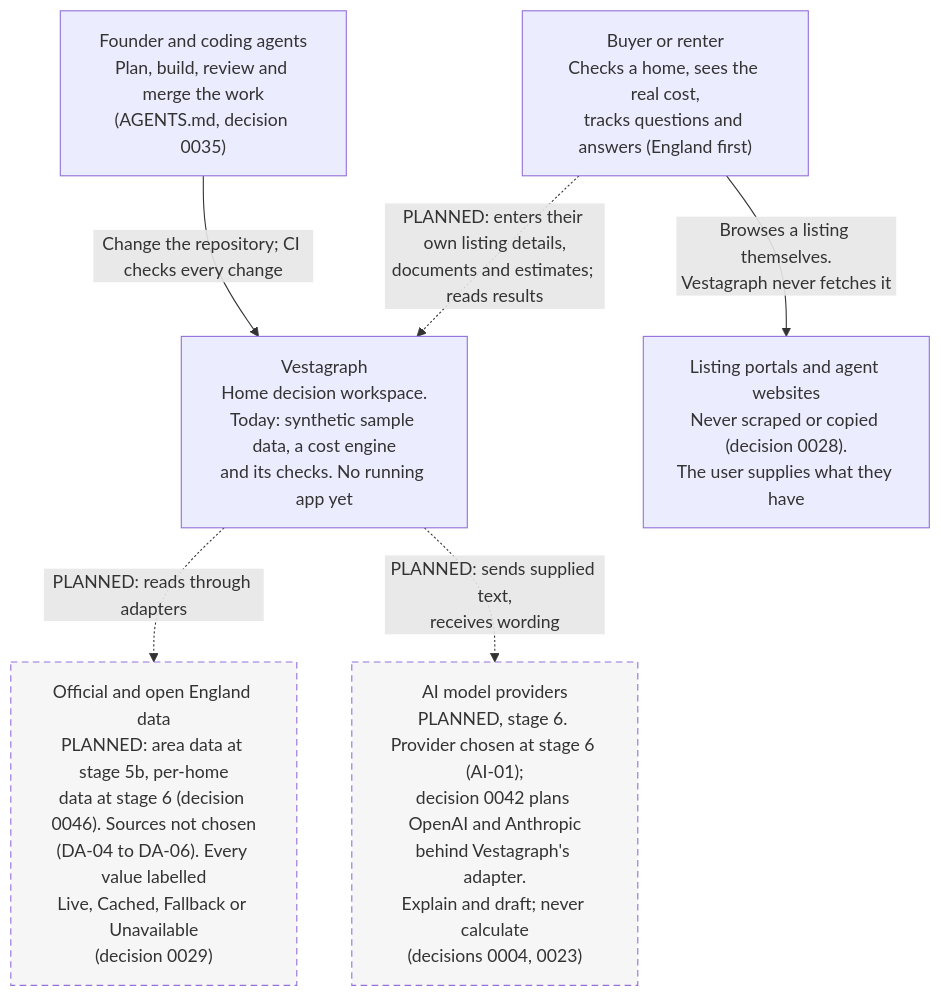
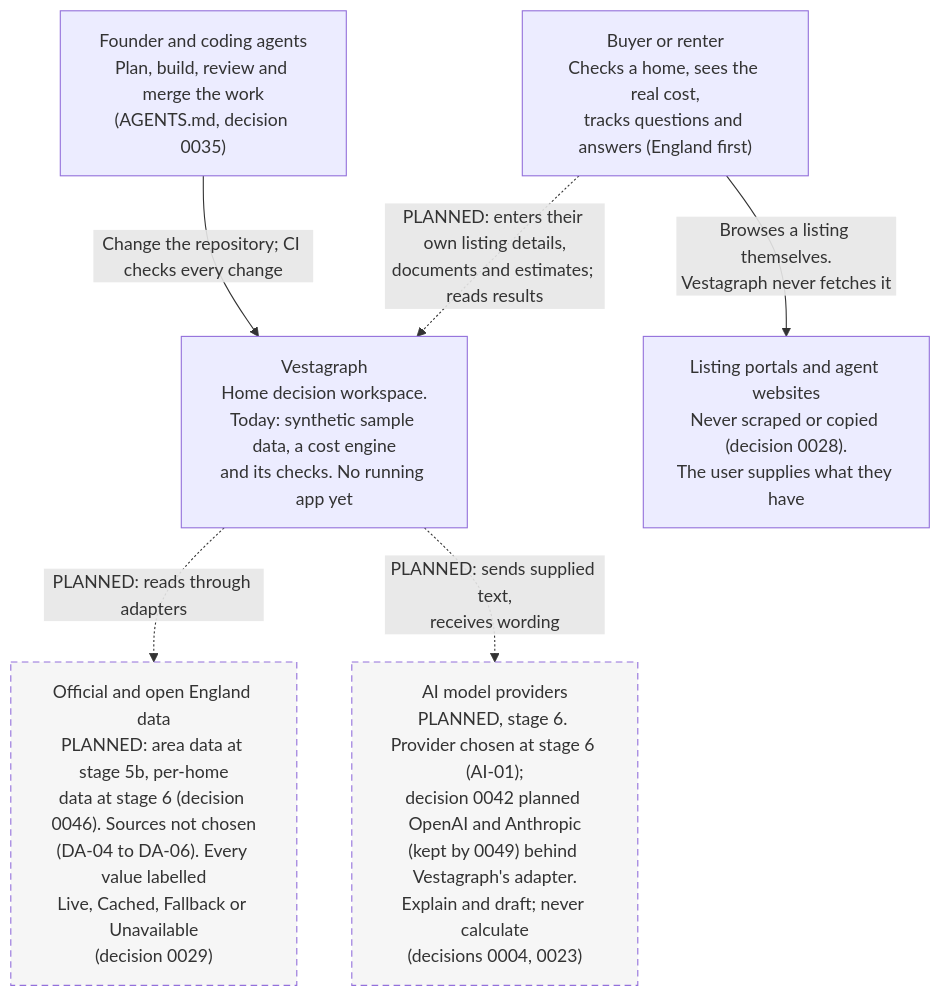
One commit to olaheavy-dev/homescout-platform changed the first of 2 diagrams in docs/architecture/README.md. Above: the diagram before and after it, drawn with Mermaid. The commit also changed other lines of this file and 30 other files, not shown here.

````diff
--- a/docs/architecture/README.md
+++ b/docs/architecture/README.md
@@ -15,20 +15,20 @@
 ```mermaid
 flowchart TB
     user["Buyer or renter<br/>Checks a home, sees the real cost,<br/>tracks questions and answers (England first)"]
     builders["Founder and coding agents<br/>Plan, build, review and merge the work<br/>(AGENTS.md, decision 0035)"]
 
     vestagraph["Vestagraph<br/>Home decision workspace.<br/>Today: synthetic sample data, a cost engine<br/>and its checks. No running app yet"]
 
     data["Official and open England data<br/>PLANNED: area data at stage 5b, per-home<br/>data at stage 6 (decision 0046). Sources not chosen<br/>(DA-04 to DA-06). Every value labelled<br/>Live, Cached, Fallback or Unavailable<br/>(decision 0029)"]
-    models["AI model providers<br/>PLANNED, stage 6. Provider chosen at stage 6 (AI-01);<br/>decision 0042 plans OpenAI and Anthropic<br/>behind Vestagraph's adapter.<br/>Explain and draft; never calculate<br/>(decisions 0004, 0023)"]
+    models["AI model providers<br/>PLANNED, stage 6. Provider chosen at stage 6 (AI-01);<br/>decision 0042 planned OpenAI and Anthropic<br/>(kept by 0049) behind Vestagraph's adapter.<br/>Explain and draft; never calculate<br/>(decisions 0004, 0023)"]
     portals["Listing portals and agent websites<br/>Never scraped or copied (decision 0028).<br/>The user supplies what they have"]
 
     user -.->|"PLANNED: enters their own listing details,<br/>documents and estimates; reads results"| vestagraph
     builders -->|"Change the repository; CI checks every change"| vestagraph
     vestagraph -.->|"PLANNED: reads through adapters"| data
     vestagraph -.->|"PLANNED: sends supplied text,<br/>receives wording"| models
     user -->|"Browses a listing themselves.<br/>Vestagraph never fetches it"| portals
 
     classDef planned stroke-dasharray: 6 4,fill:#f6f6f6,color:#333
     class data,models planned
 ```
````
